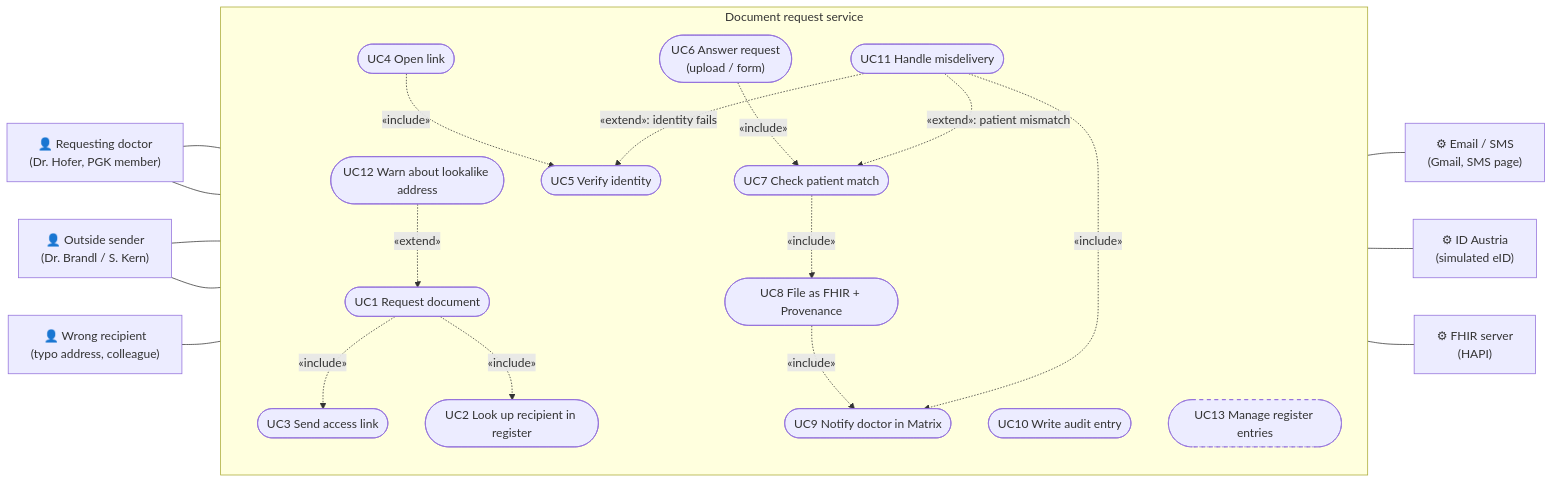
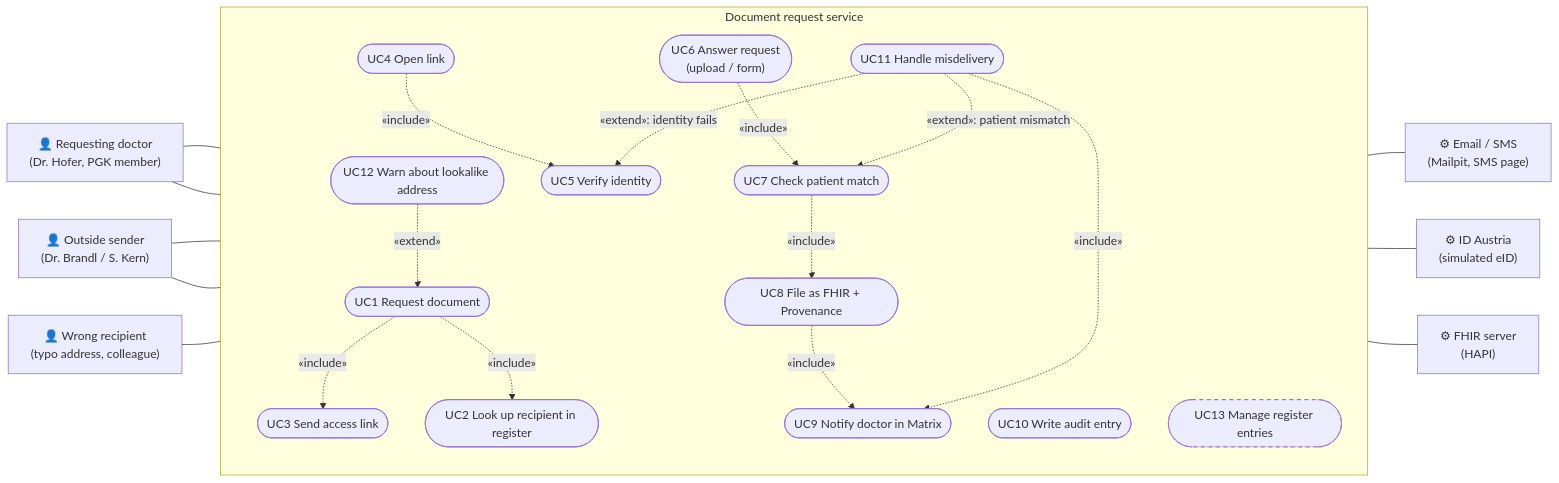
The first of 3 diagrams in docs/UML.md (Chaissen/AIM-Hackathon), drawn with Mermaid before and after one commit. The commit also changed other lines of this file and 36 other files, not shown here.

````diff
--- a/docs/UML.md
+++ b/docs/UML.md
@@ -8,50 +8,50 @@
 ```mermaid
 flowchart LR
     hofer["👤 Requesting doctor<br/>(Dr. Hofer, PGK member)"]
     sender["👤 Outside sender<br/>(Dr. Brandl / S. Kern)"]
     wrong["👤 Wrong recipient<br/>(typo address, colleague)"]
     idp["⚙ ID Austria<br/>(simulated eID)"]
     fhir["⚙ FHIR server<br/>(HAPI)"]
-    gw["⚙ Email / SMS<br/>(Gmail, SMS page)"]
+    gw["⚙ Email / SMS<br/>(Mailpit, SMS page)"]
 
     subgraph SYS["Document request service"]
         direction TB
         UC1(["UC1 Request document"])
         UC2(["UC2 Look up recipient in register"])
         UC3(["UC3 Send access link"])
         UC4(["UC4 Open link"])
         UC5(["UC5 Verify identity"])
         UC6(["UC6 Answer request<br/>(upload / form)"])
         UC7(["UC7 Check patient match"])
         UC8(["UC8 File as FHIR + Provenance"])
         UC9(["UC9 Notify doctor in Matrix"])
         UC10(["UC10 Write audit entry"])
         UC11(["UC11 Handle misdelivery"])
         UC12(["UC12 Warn about lookalike address"])
         UC13(["UC13 Manage register entries"])
     end
 
     hofer --- UC1
     hofer --- UC13
     sender --- UC4
     sender --- UC6
     wrong --- UC4
 
     UC1 -.->|"«include»"| UC3
     UC1 -.->|"«include»"| UC2
     UC12 -.->|"«extend»"| UC1
     UC4 -.->|"«include»"| UC5
     UC6 -.->|"«include»"| UC7
     UC7 -.->|"«include»"| UC8
     UC8 -.->|"«include»"| UC9
     UC11 -.->|"«extend»: identity fails"| UC5
     UC11 -.->|"«extend»: patient mismatch"| UC7
     UC11 -.->|"«include»"| UC9
 
     UC3 --- gw
     UC5 --- idp
     UC8 --- fhir
 
     classDef planned stroke-dasharray: 5 5
     class UC13 planned
 ```
````
